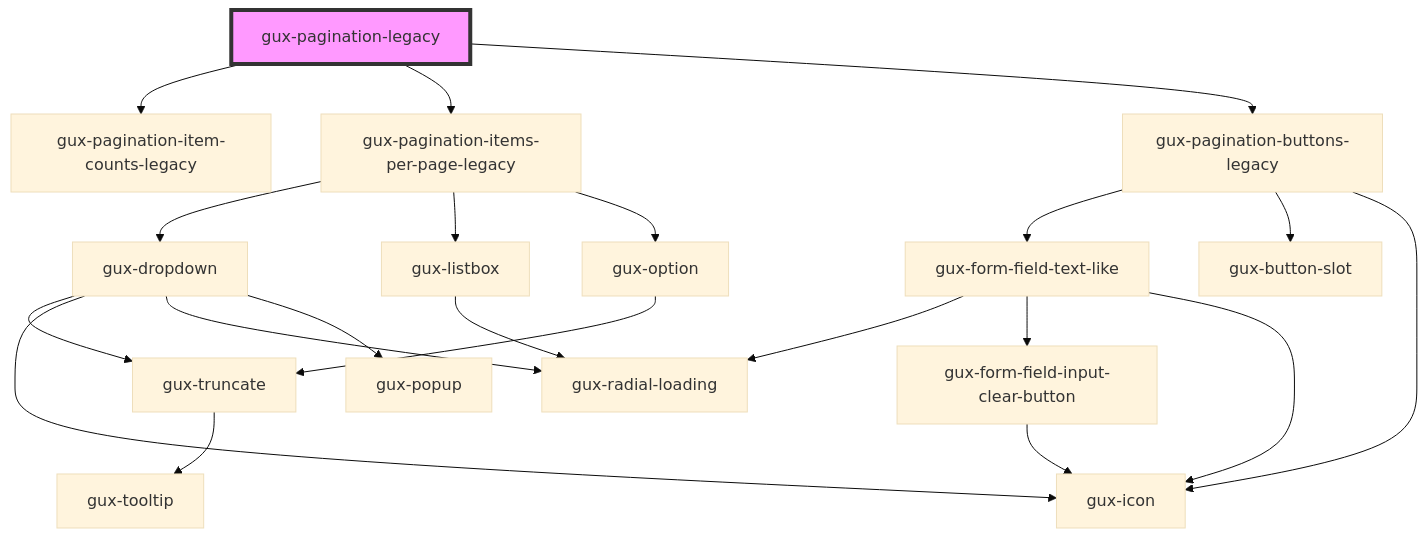
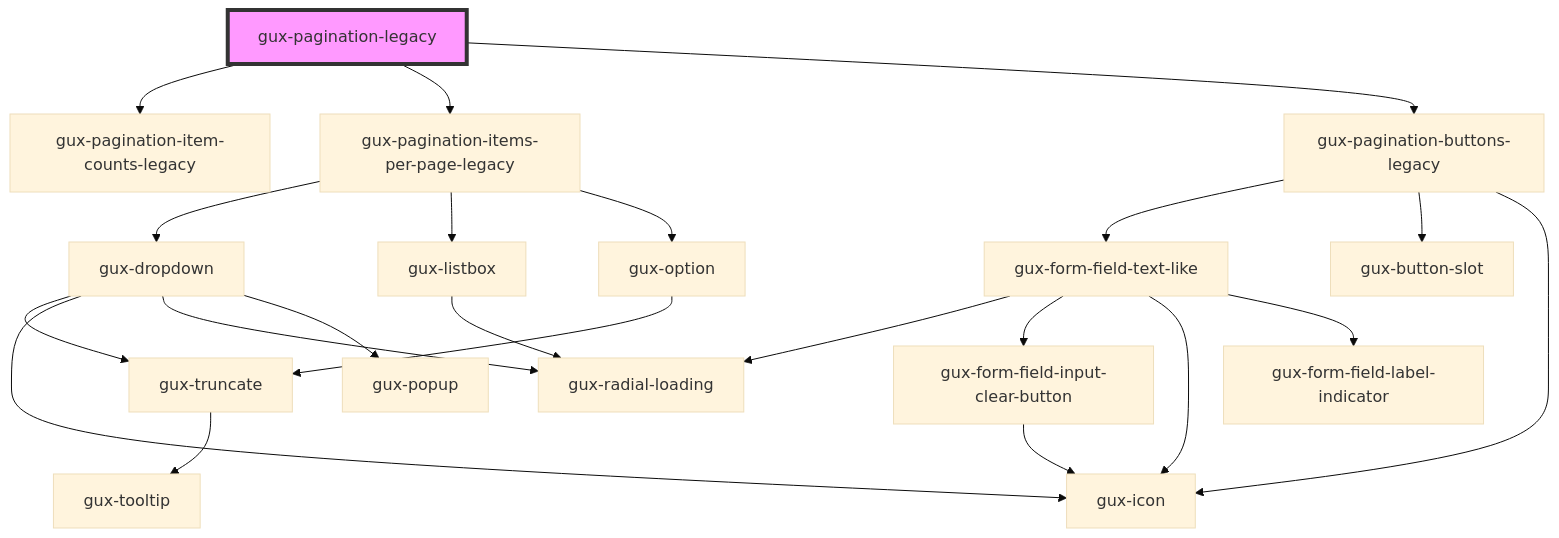
Before and after one commit to MyPureCloud/genesys-spark: the diagram in packages/genesys-spark-components/src/components/legacy/gux-pagination-legacy/readme.md, drawn with Mermaid (base theme). The commit also changed 49 other files, not shown here.

First line of the commit message:
feat(other): Add form field optional indicator files

````diff
--- a/packages/genesys-spark-components/src/components/legacy/gux-pagination-legacy/readme.md
+++ b/packages/genesys-spark-components/src/components/legacy/gux-pagination-legacy/readme.md
@@ -41,24 +41,25 @@
 ```mermaid
 graph TD;
   gux-pagination-legacy --> gux-pagination-item-counts-legacy
   gux-pagination-legacy --> gux-pagination-items-per-page-legacy
   gux-pagination-legacy --> gux-pagination-buttons-legacy
   gux-pagination-items-per-page-legacy --> gux-dropdown
   gux-pagination-items-per-page-legacy --> gux-listbox
   gux-pagination-items-per-page-legacy --> gux-option
   gux-dropdown --> gux-truncate
   gux-dropdown --> gux-icon
   gux-dropdown --> gux-radial-loading
   gux-dropdown --> gux-popup
   gux-truncate --> gux-tooltip
   gux-listbox --> gux-radial-loading
   gux-option --> gux-truncate
   gux-pagination-buttons-legacy --> gux-form-field-text-like
   gux-pagination-buttons-legacy --> gux-button-slot
   gux-pagination-buttons-legacy --> gux-icon
   gux-form-field-text-like --> gux-radial-loading
   gux-form-field-text-like --> gux-form-field-input-clear-button
   gux-form-field-text-like --> gux-icon
+  gux-form-field-text-like --> gux-form-field-label-indicator
   gux-form-field-input-clear-button --> gux-icon
   style gux-pagination-legacy fill:#f9f,stroke:#333,stroke-width:4px
 ```
````
